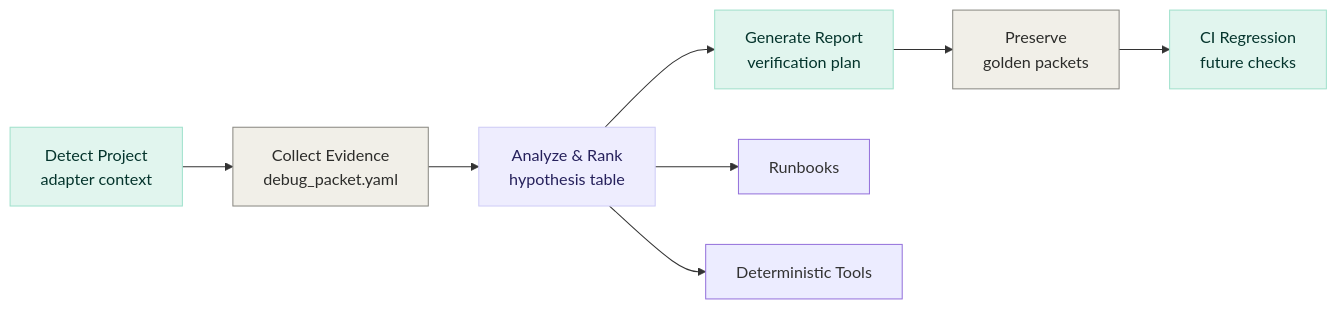
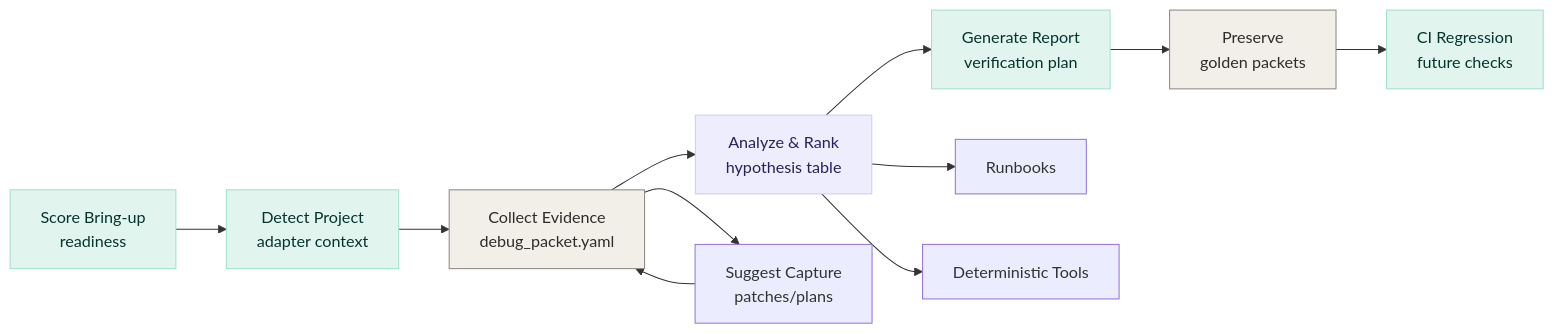
One commit to shark0304/personal-embeded-debug-skill changed the diagram in README.md. Above: the diagram before and after it, drawn with Mermaid. The commit also changed other lines of this file and 9 other files, not shown here.

Commit message:
Add bring-up readiness and evidence capture workflow

````diff
--- a/README.md
+++ b/README.md
@@ -151,18 +161,22 @@
 ```mermaid
 flowchart LR
-    P["Detect Project<br/>adapter context"] --> A["Collect Evidence<br/>debug_packet.yaml"]
+    S["Score Bring-up<br/>readiness"] --> P["Detect Project<br/>adapter context"]
+    P --> A["Collect Evidence<br/>debug_packet.yaml"]
     A --> B["Analyze & Rank<br/>hypothesis table"]
+    A --> X["Suggest Capture<br/>patches/plans"]
+    X --> A
     B --> C["Generate Report<br/>verification plan"]
     C --> D["Preserve<br/>golden packets"]
     D --> E["CI Regression<br/>future checks"]
 
     B --> R["Runbooks"]
     B --> T["Deterministic Tools"]
 
+    style S fill:#E1F5EE,stroke:#9FE1CB,color:#04342C
     style P fill:#E1F5EE,stroke:#9FE1CB,color:#04342C
     style A fill:#f1efe8,stroke:#888780,color:#2C2C2A
     style B fill:#EEEDFE,stroke:#CECBF6,color:#26215C
     style C fill:#E1F5EE,stroke:#9FE1CB,color:#04342C
     style D fill:#f1efe8,stroke:#888780,color:#2C2C2A
     style E fill:#E1F5EE,stroke:#9FE1CB,color:#04342C
 ```
````
